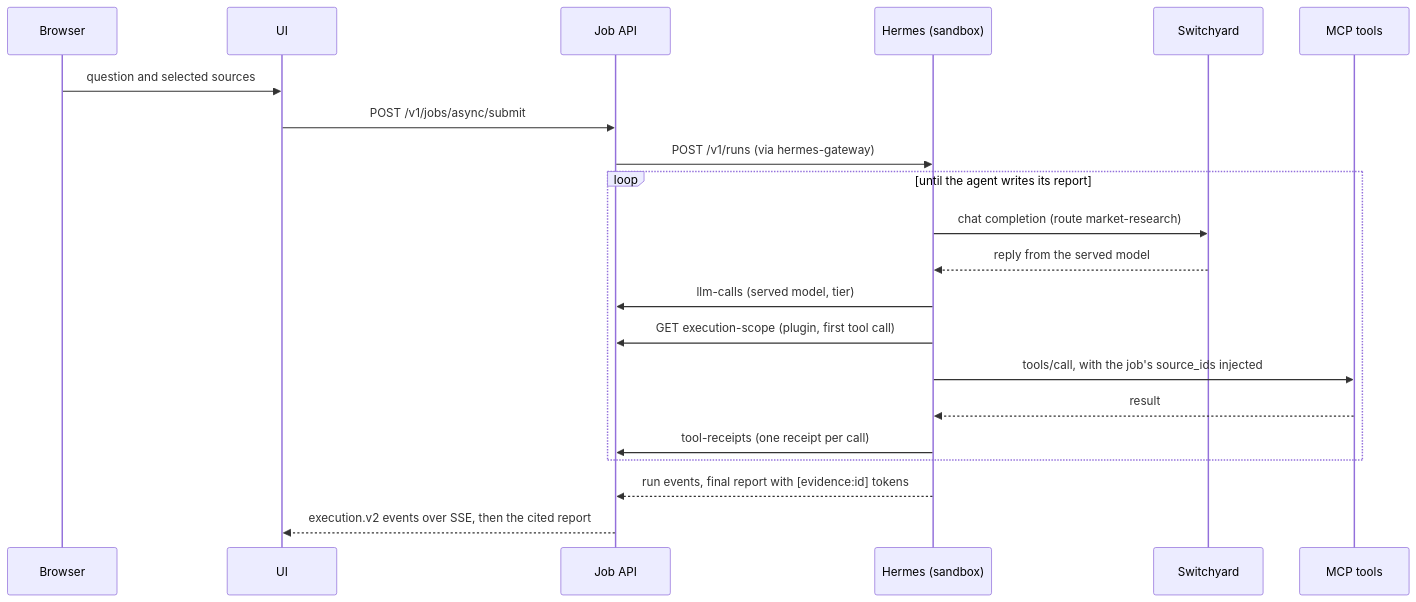
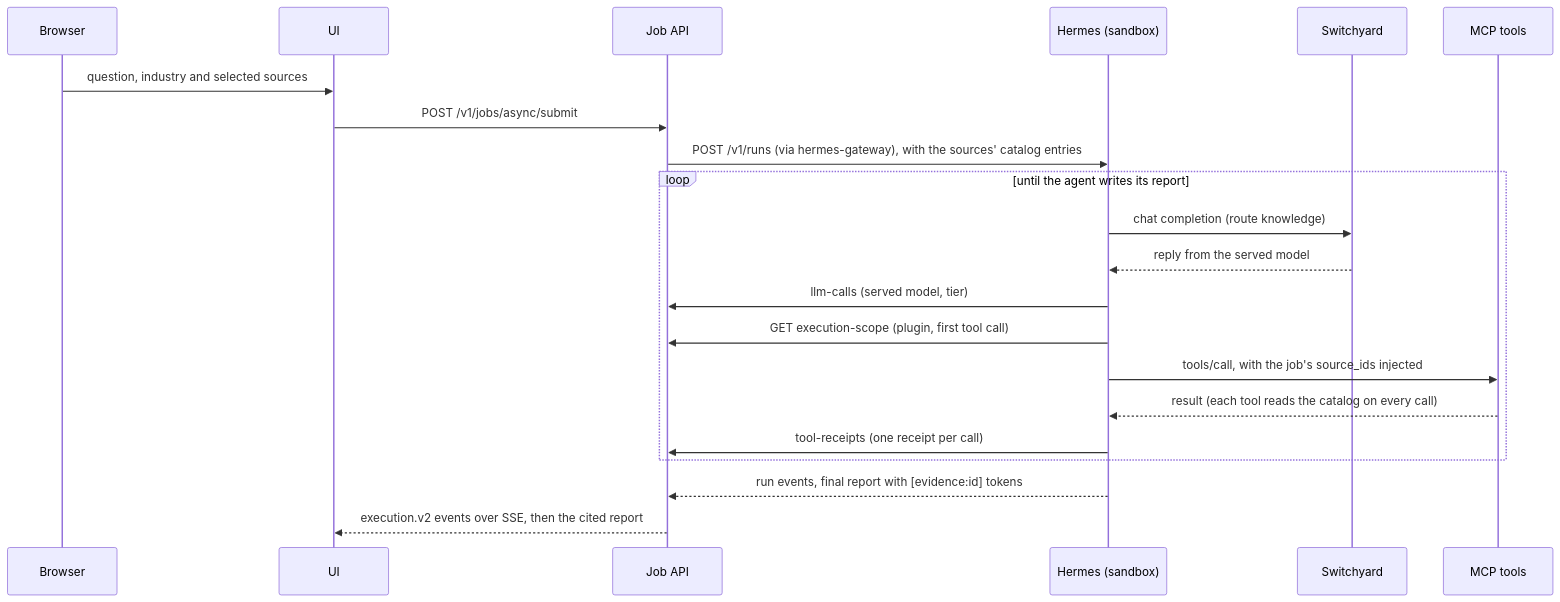
The second of 2 diagrams in docs/architecture.md (pastorsj/knowledge-foundation-demo), drawn with Mermaid before and after one commit. The commit also changed other lines of this file and 5 other files, not shown here.

First line of the commit message:
docs: architecture, ingestion and data packs for the knowledge catalog

````diff
--- a/docs/architecture.md
+++ b/docs/architecture.md
@@ -72,23 +80,23 @@
 ```mermaid
 sequenceDiagram
     participant B as Browser
     participant U as UI
     participant A as Job API
     participant H as Hermes (sandbox)
     participant S as Switchyard
     participant T as MCP tools
-    B->>U: question and selected sources
+    B->>U: question, industry and selected sources
     U->>A: POST /v1/jobs/async/submit
-    A->>H: POST /v1/runs (via hermes-gateway)
+    A->>H: POST /v1/runs (via hermes-gateway), with the sources' catalog entries
     loop until the agent writes its report
-        H->>S: chat completion (route market-research)
+        H->>S: chat completion (route knowledge)
         S-->>H: reply from the served model
         H->>A: llm-calls (served model, tier)
         H->>A: GET execution-scope (plugin, first tool call)
         H->>T: tools/call, with the job's source_ids injected
-        T-->>H: result
+        T-->>H: result (each tool reads the catalog on every call)
         H->>A: tool-receipts (one receipt per call)
     end
     H-->>A: run events, final report with [evidence:id] tokens
     A-->>U: execution.v2 events over SSE, then the cited report
 ```
````
